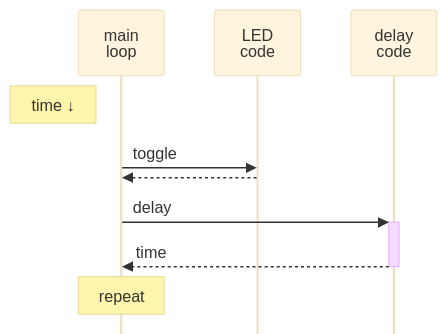
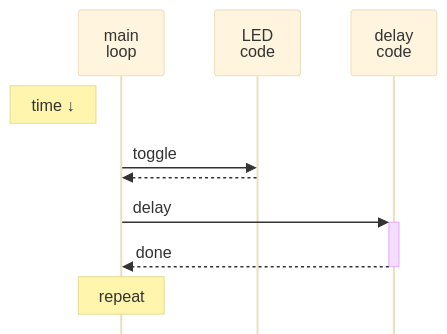
One commit to eleciawhite/making-embedded-systems changed the first of 7 diagrams in Ch06_Flow/MainLoopDiagrams.md. Above: the diagram before and after it, drawn with Mermaid (base theme). The commit also changed other lines of this file and 2 other files, not shown here.

Commit message:
Tidying diagrams from the book

````diff
--- a/Ch06_Flow/MainLoopDiagrams.md
+++ b/Ch06_Flow/MainLoopDiagrams.md
@@ -5,32 +5,32 @@
 ```mermaid
 %% Mermaid diagram, put this in mermaid.live if it doesn't show up as a decision tree.
 
 
 %%{
   init: {
     "sequence": {
         "mirrorActors": false,
         "diagramMarginX": 10,
         "diagramMarginY": 10,
         "boxTextMargin": 5,
         "noteMargin": 10,
         "messageMargin": 35,
         "messageAlign":"left",
         "wrap":true,
         "width":85
     }}
 }%%
 
 
 %% Main 1: initial diagram
 sequenceDiagram
     participant main as main loop
     participant LED as LED code 
     participant delay as delay code
     Note left of main: time ↓
     main->>LED: toggle
     LED-->>main: 
     main->>+delay: delay
-    delay-->>-main: time
+    delay-->>-main: done
     Note over main: repeat
 ```
````
